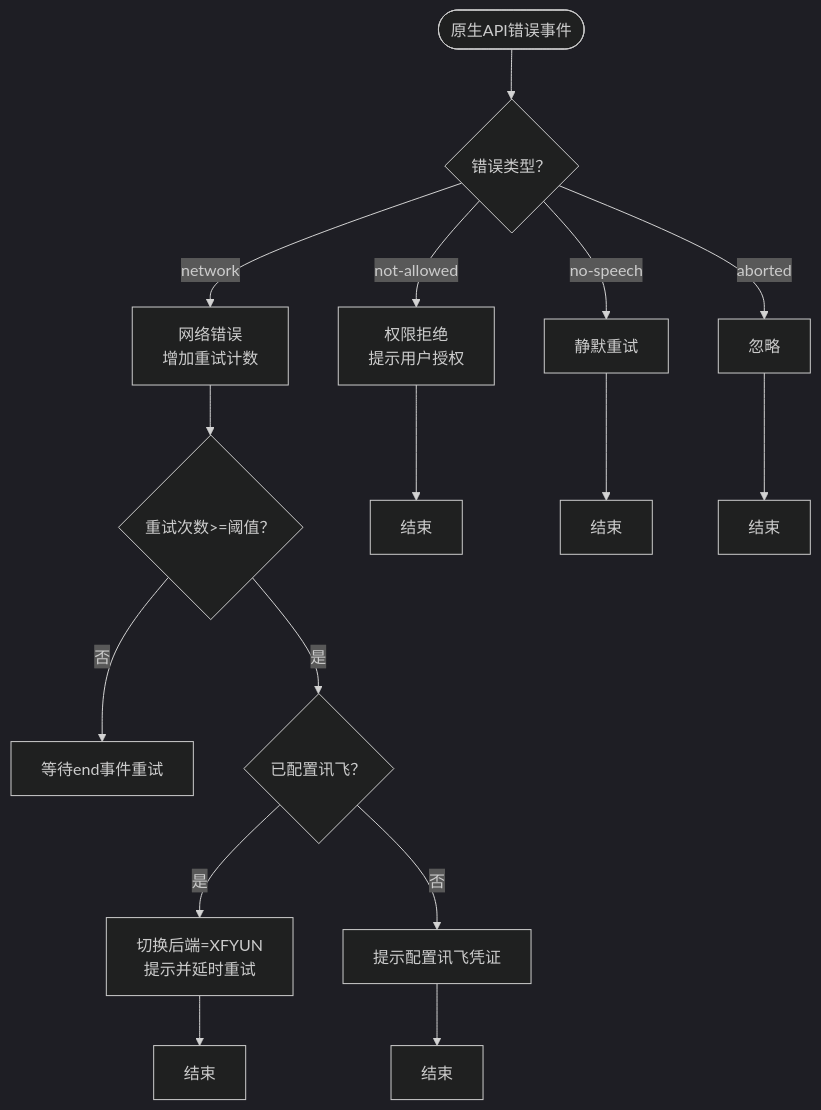
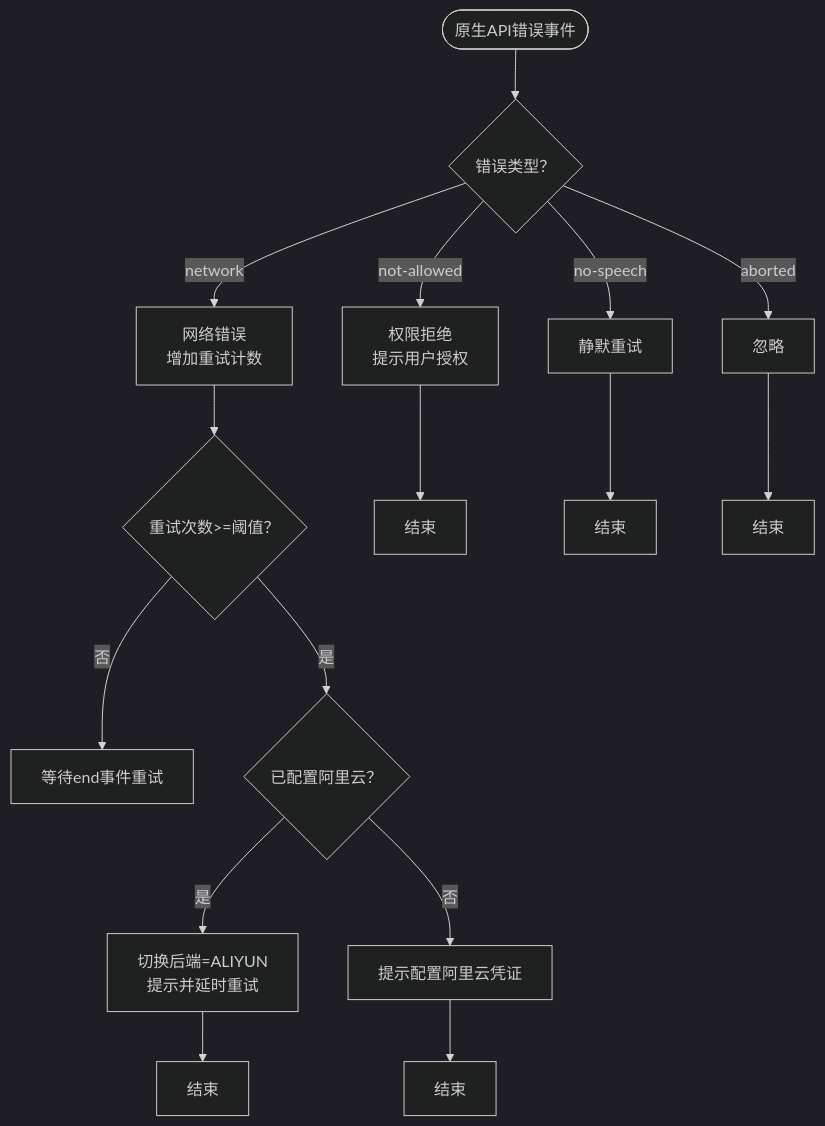
One commit to db300/MySpeechRecognition changed the third of 5 diagrams in .qoder/repowiki/zh/content/语音识别模块详解/错误处理与恢复.md. Above: the diagram before and after it, drawn with Mermaid (dark theme). The commit also changed other lines of this file and 10 other files, not shown here.

````diff
--- a/.qoder/repowiki/zh/content/语音识别模块详解/错误处理与恢复.md
+++ b/.qoder/repowiki/zh/content/语音识别模块详解/错误处理与恢复.md
@@ -149,18 +149,18 @@
 ```mermaid
 flowchart TD
 Start(["原生API错误事件"]) --> CheckErr{"错误类型？"}
 CheckErr --> |not-allowed| PermErr["权限拒绝<br/>提示用户授权"]
 CheckErr --> |network| NetErr["网络错误<br/>增加重试计数"]
 CheckErr --> |no-speech| NoSpeech["静默重试"]
 CheckErr --> |aborted| Aborted["忽略"]
 NetErr --> RetryCount{"重试次数>=阈值？"}
 RetryCount --> |否| End1["等待end事件重试"]
-RetryCount --> |是| Switch{"已配置讯飞？"}
-Switch --> |是| AutoSwitch["切换后端=XFYUN<br/>提示并延时重试"]
-Switch --> |否| PromptCfg["提示配置讯飞凭证"]
+RetryCount --> |是| Switch{"已配置阿里云？"}
+Switch --> |是| AutoSwitch["切换后端=ALIYUN<br/>提示并延时重试"]
+Switch --> |否| PromptCfg["提示配置阿里云凭证"]
 PermErr --> End2["结束"]
 NoSpeech --> End3["结束"]
 Aborted --> End4["结束"]
 AutoSwitch --> End5["结束"]
 PromptCfg --> End6["结束"]
 ```
````
